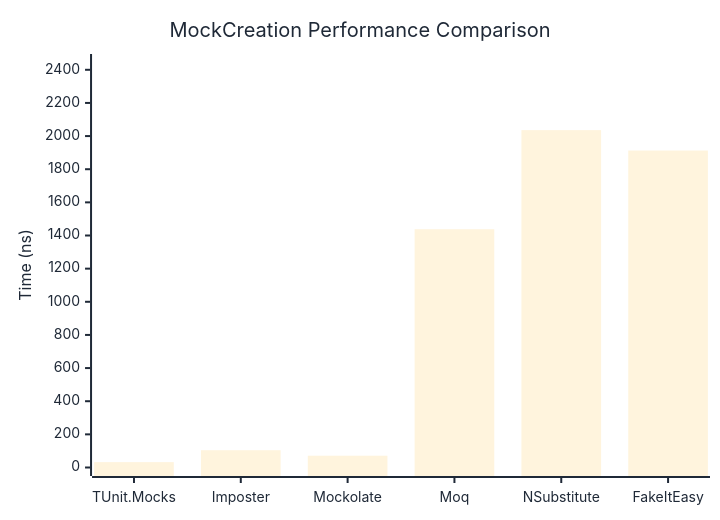
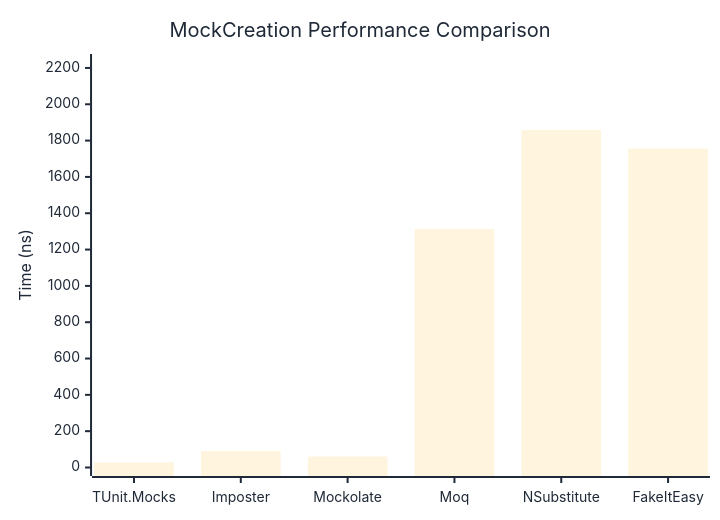
The first of 2 diagrams in docs/docs/benchmarks/mocks/MockCreation.md (thomhurst/TUnit), drawn with Mermaid before and after one commit. The commit also changed other lines of this file and 14 other files, not shown here.

````diff
--- a/docs/docs/benchmarks/mocks/MockCreation.md
+++ b/docs/docs/benchmarks/mocks/MockCreation.md
@@ -30,27 +30,27 @@
 ```mermaid
 %%{init: {
   'theme':'base',
   'themeVariables': {
     'primaryColor': '#2563eb',
     'primaryTextColor': '#1f2937',
     'primaryBorderColor': '#1e40af',
     'lineColor': '#6b7280',
     'secondaryColor': '#7c3aed',
     'tertiaryColor': '#dc2626',
     'background': '#ffffff',
     'pie1': '#2563eb',
     'pie2': '#7c3aed',
     'pie3': '#dc2626',
     'pie4': '#f59e0b',
     'pie5': '#10b981',
     'pie6': '#06b6d4',
     'pie7': '#ec4899',
     'pie8': '#6366f1'
   }
 }}%%
 xychart-beta
   title "MockCreation Performance Comparison"
   x-axis ["TUnit.Mocks", "Imposter", "Mockolate", "Moq", "NSubstitute", "FakeItEasy"]
-  y-axis "Time (ns)" 0 --> 2444
-  bar [32.33, 104.34, 71.11, 1437.93, 2035.93, 1912.75]
+  y-axis "Time (ns)" 0 --> 2230
+  bar [28.02, 90.96, 60.42, 1313.59, 1858.21, 1755.68]
 ```
````
